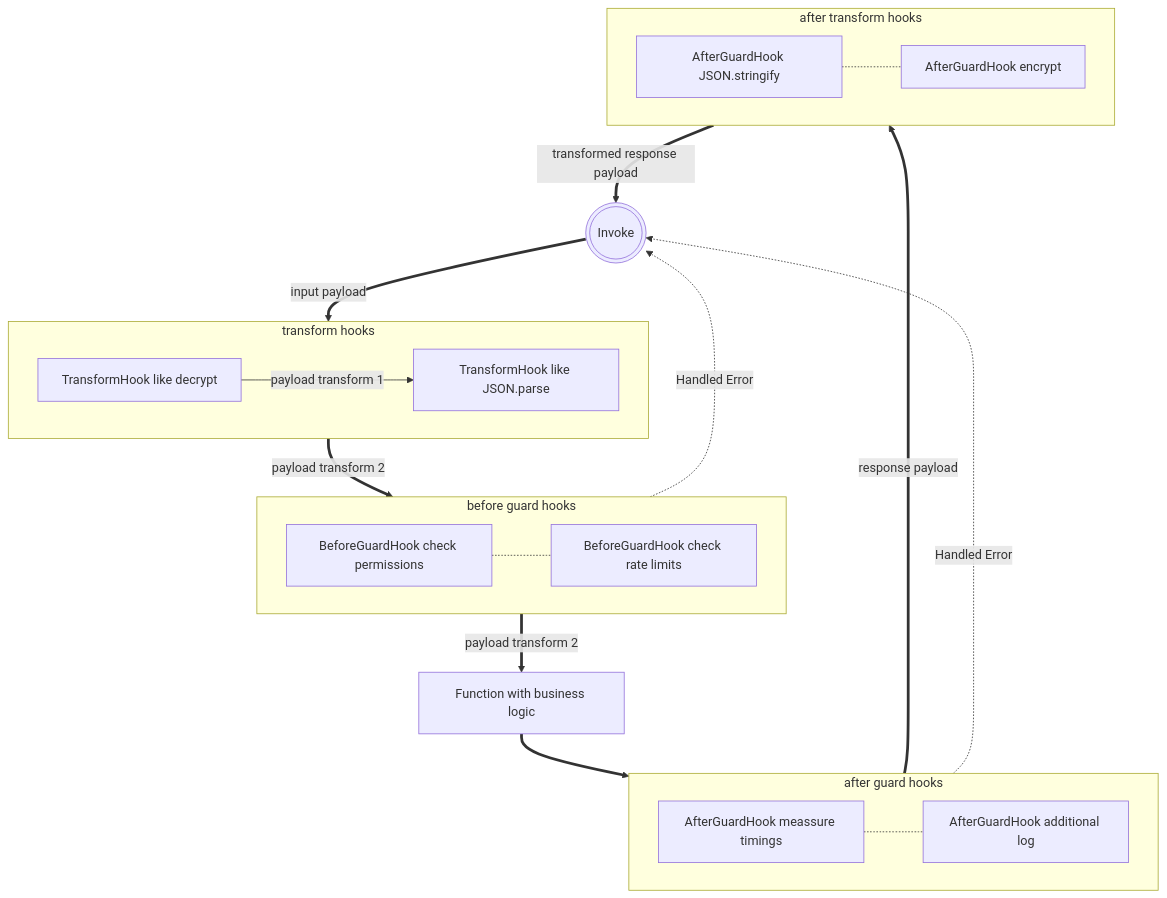
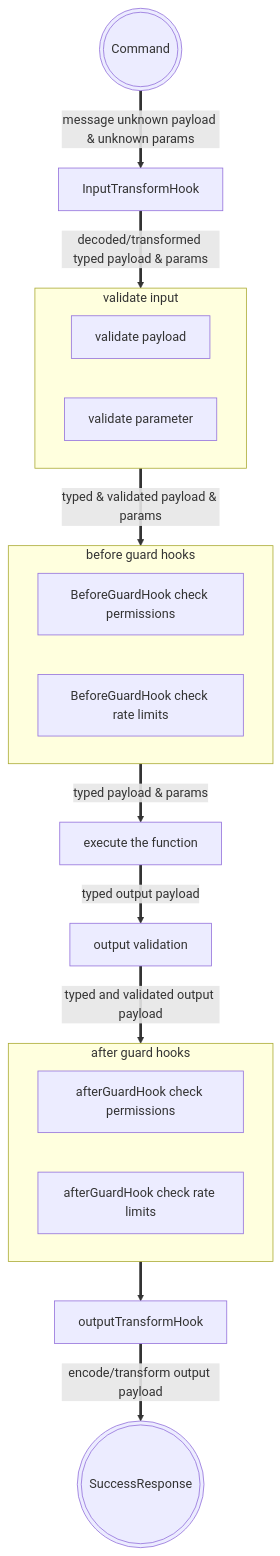
The diagram in website/src/handbook/4_hooks.md (puristajs/purista), drawn with Mermaid before and after one commit. The commit also changed other lines of this file and 38 other files, not shown here.

````diff
--- a/website/src/handbook/4_hooks.md
+++ b/website/src/handbook/4_hooks.md
@@ -34,23 +34,35 @@
 ```mermaid
-flowchart TD
-    input(((Invoke))) ==> |input payload| transformHook ==> |payload transform 2| beforeGuardHook ==> |payload transform 2|function[Function with business logic] ==>afterGuardHook==>|response payload|afterTransformHook ==>|transformed response payload|input
-    subgraph transformHook[transform hooks]
-    transformhook1[TransformHook like decrypt] --> |payload transform 1| transformhook2[TransformHook like JSON.parse]
+flowchart TB
+    command(((Command))) ==> |message unknown payload & unknown params| inputTransformHook[InputTransformHook]
+    inputTransformHook ==> |decoded/transformed typed payload & params|inputValidation
+
+    subgraph inputValidation[validate input]
+        validateInputPayload[validate payload]
+        validateParamsPayload[validate parameter]
     end
+
+
+    inputValidation ==> |typed & validated payload & params| beforeGuardHook
+
     subgraph beforeGuardHook[before guard hooks]
-        beforehook1[BeforeGuardHook check permissions]-.-beforehook2[BeforeGuardHook check rate limits]
-        
+        beforehook1[BeforeGuardHook check permissions]
+        beforehook2[BeforeGuardHook check rate limits]
     end
     
+    beforeGuardHook==>|typed payload & params|function
+
+    function[execute the function]==>|typed output payload| outputValidation[output validation]
+    
+    outputValidation ==> |typed and validated output payload| afterGuardHook
+
     subgraph afterGuardHook[after guard hooks]
-    afterguardhook1[AfterGuardHook meassure timings]-.-afterguardhook2[AfterGuardHook additional log]
+        afterhook1[afterGuardHook check permissions]
+        afterhook2[afterGuardHook check rate limits]
     end
 
-    subgraph afterTransformHook[after transform hooks]
-    aftertransformhook1[AfterGuardHook JSON.stringify]-.-
-    aftertransformhook2[AfterGuardHook encrypt]
-    end
+    afterGuardHook ==> outputTransformHook
    
-    beforeGuardHook -.-> |Handled Error|input
-    afterGuardHook -.-> |Handled Error|input
+    outputTransformHook==>|encode/transform output payload| successResponse(((SuccessResponse)))
+
+ 
 ```
````
